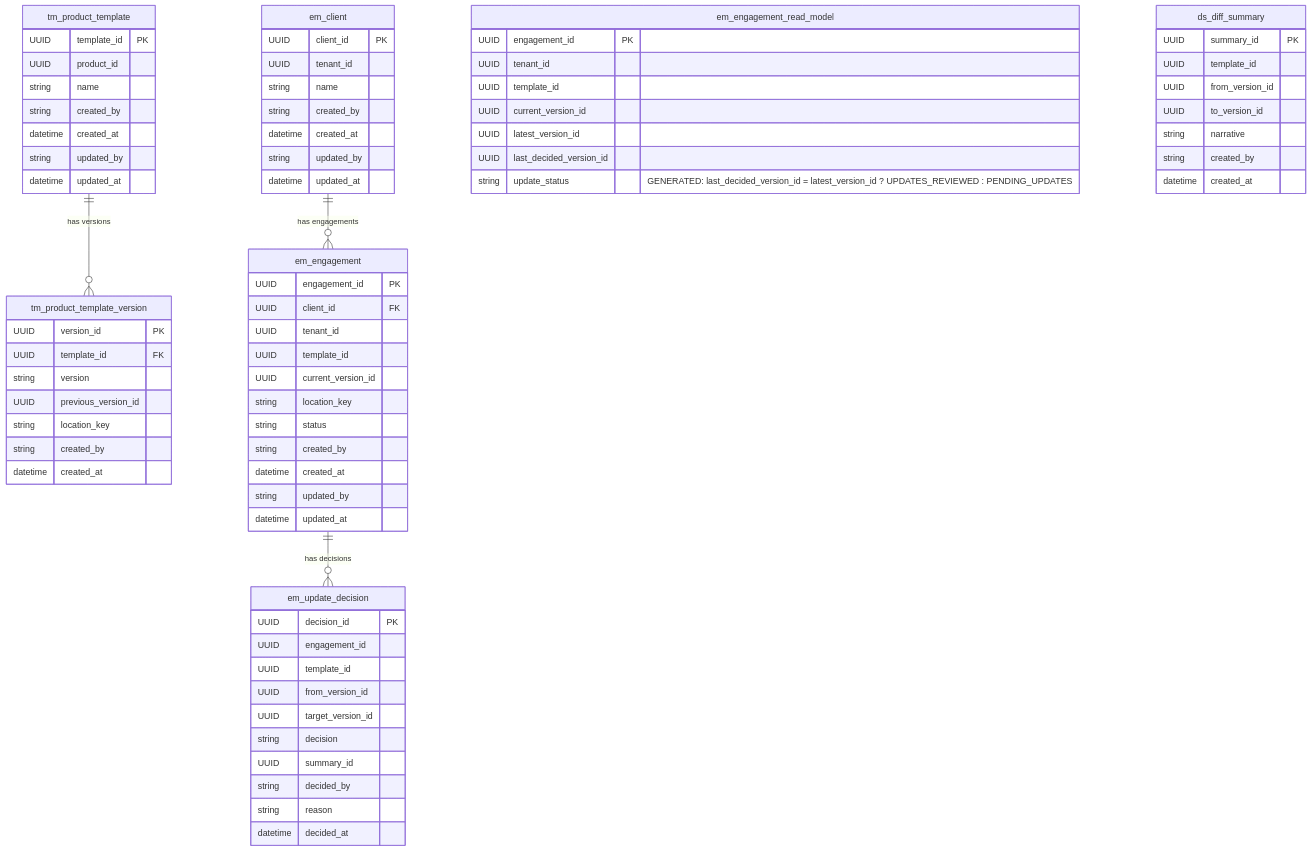
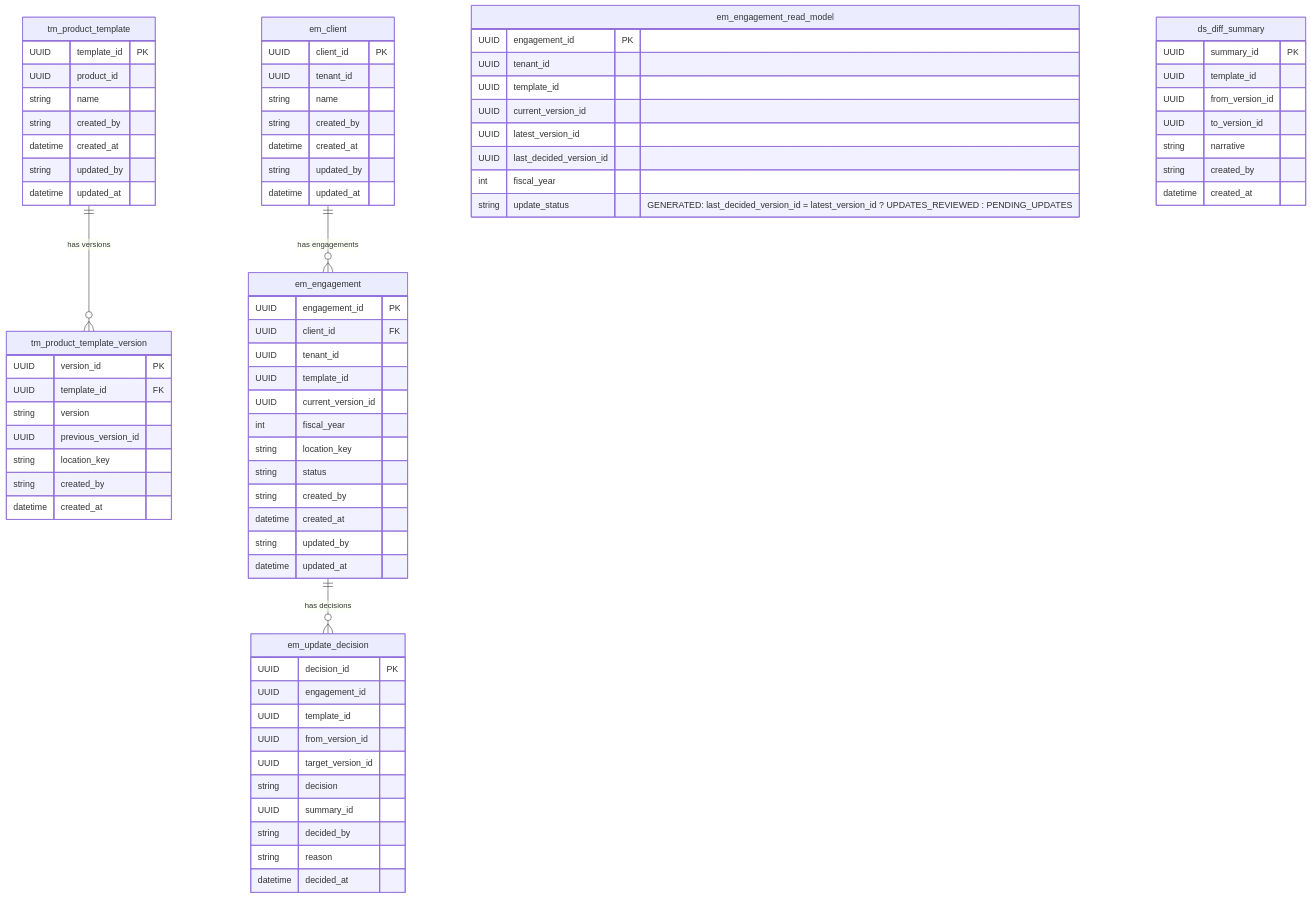
The diagram in architecture/erd.md (jose-foronda/caseware_test_2026_09), drawn with Mermaid before and after one commit.

Commit message:
refining domain model: refine use cases

```diff
--- a/architecture/erd.md
+++ b/architecture/erd.md
@@ -67,6 +67,7 @@
         UUID     tenant_id
         UUID     template_id
         UUID     current_version_id
+        int      fiscal_year
         string   location_key
         string   status
         string   created_by
@@ -82,6 +83,7 @@
         UUID     current_version_id
         UUID     latest_version_id
         UUID     last_decided_version_id
+        int      fiscal_year
         string   update_status           "GENERATED: last_decided_version_id = latest_version_id ? UPDATES_REVIEWED : PENDING_UPDATES"
     }
 
```
